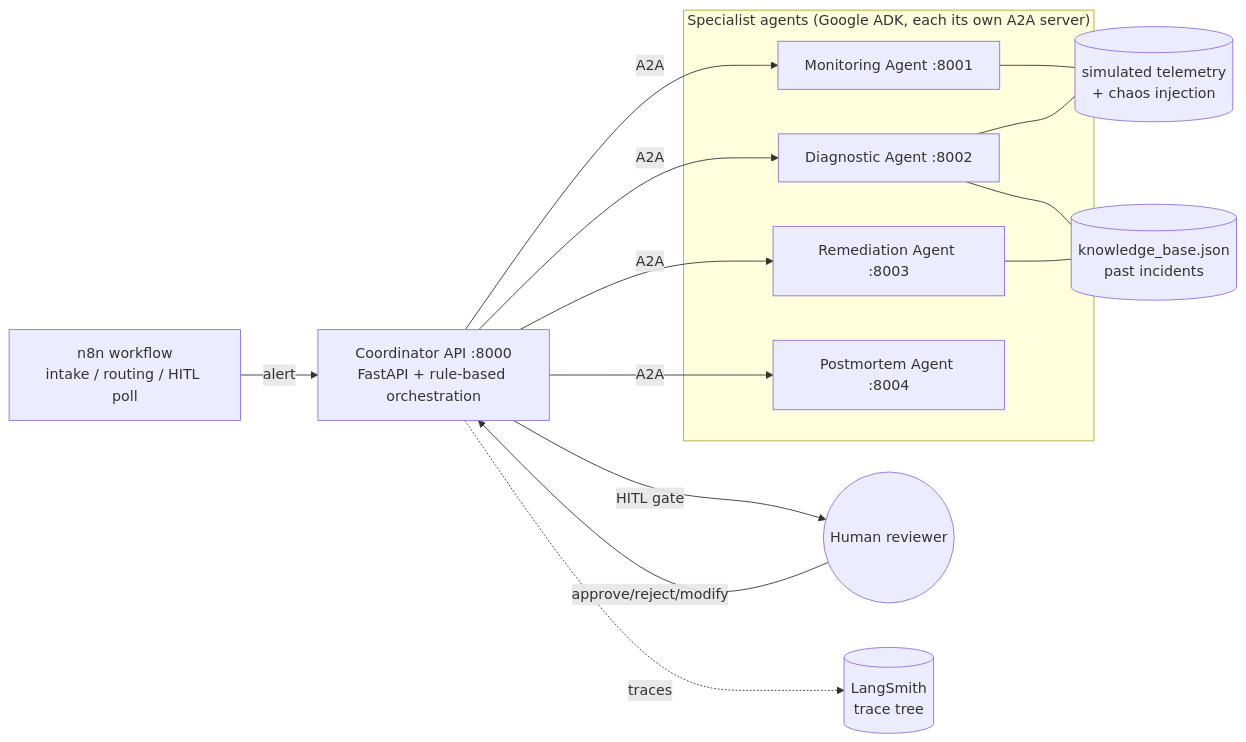
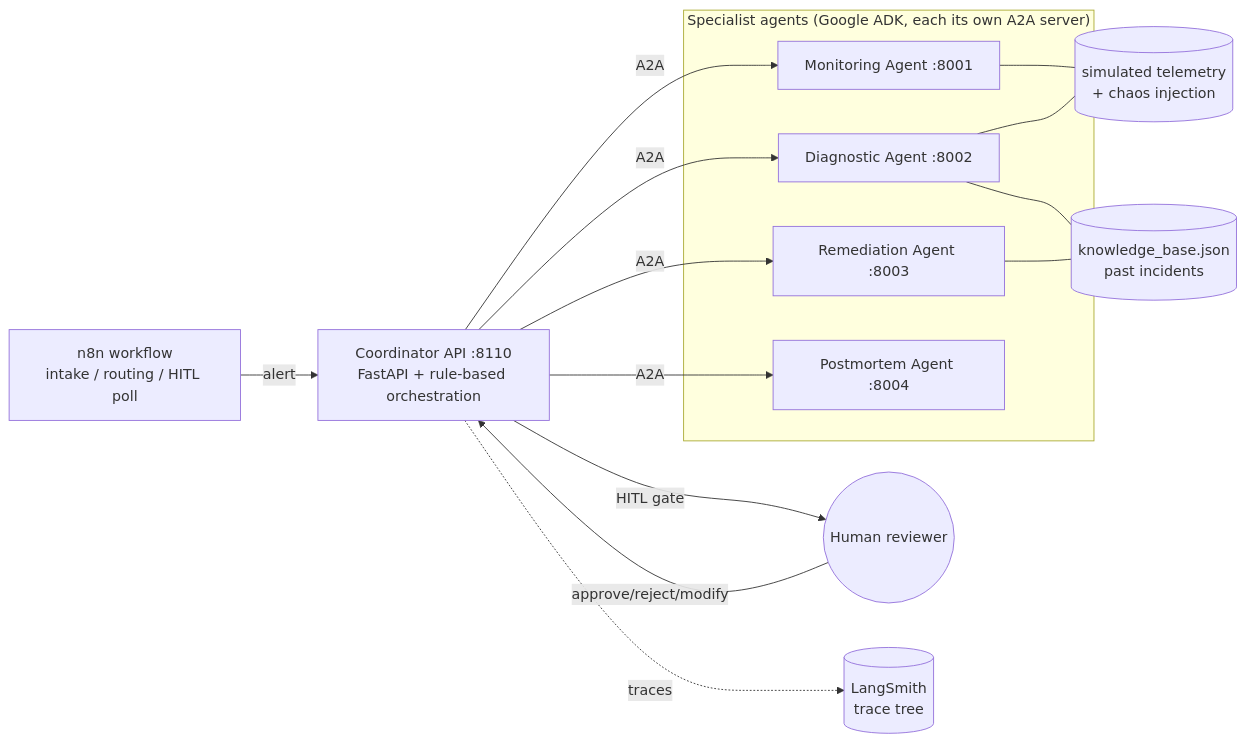
Before and after one commit to bgolsen/agents-final-project: the second of 2 diagrams in ARCHITECTURE.md, drawn with Mermaid. The commit also changed 9 other files, not shown here.

````diff
--- a/ARCHITECTURE.md
+++ b/ARCHITECTURE.md
@@ -124,28 +124,28 @@
 ```mermaid
 flowchart LR
     subgraph Agents["Specialist agents (Google ADK, each its own A2A server)"]
         MON[Monitoring Agent :8001]
         DIAG[Diagnostic Agent :8002]
         REM[Remediation Agent :8003]
         POST[Postmortem Agent :8004]
     end
-    COORD[Coordinator API :8000\nFastAPI + rule-based orchestration]
+    COORD[Coordinator API :8110\nFastAPI + rule-based orchestration]
     N8N[n8n workflow\nintake / routing / HITL poll]
     HUMAN((Human reviewer))
     LS[(LangSmith\ntrace tree)]
     KB[(knowledge_base.json\npast incidents)]
     TEL[(simulated telemetry\n+ chaos injection)]
 
     N8N -- alert --> COORD
     COORD -- A2A --> MON
     COORD -- A2A --> DIAG
     COORD -- A2A --> REM
     COORD -- A2A --> POST
     MON --- TEL
     DIAG --- TEL
     DIAG --- KB
     REM --- KB
     COORD -- HITL gate --> HUMAN
     HUMAN -- approve/reject/modify --> COORD
     COORD -. traces .-> LS
 ```
````
